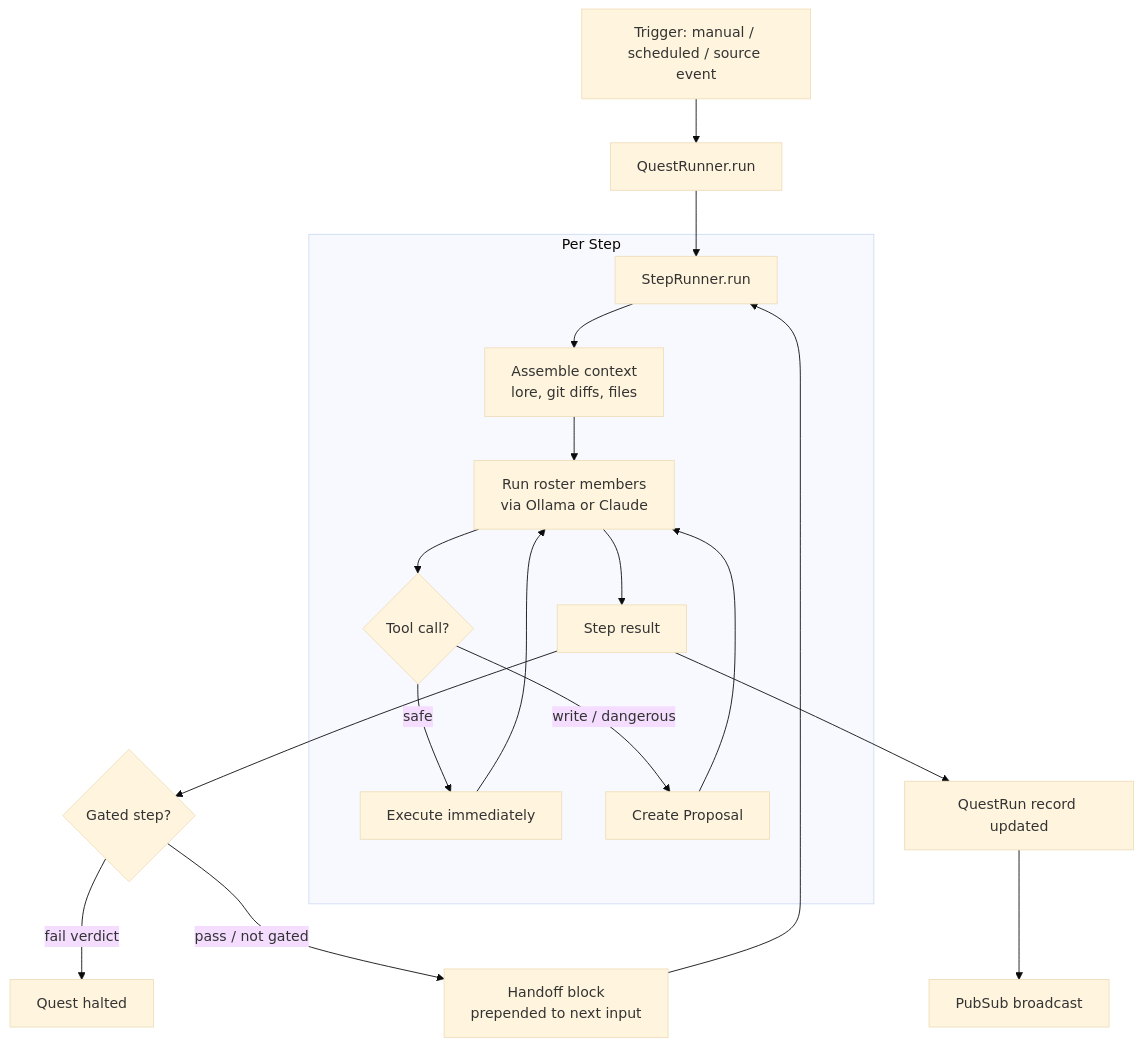
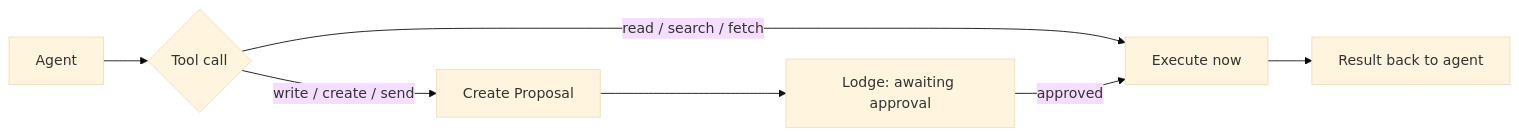
One commit to lessthanseventy/ex_cortex changed the second of 2 diagrams in README.md. Above: the diagram before and after it, drawn with Mermaid (base theme). The commit also changed other lines of this file, not shown here.

````diff
--- a/README.md
+++ b/README.md
@@ -88,23 +82,9 @@
 ```mermaid
-flowchart TD
-    Trigger[Trigger: manual / scheduled / source event] --> QR[QuestRunner.run]
-
-    subgraph Per Step
-        SR[StepRunner.run] --> CTX[Assemble context\nlore, git diffs, files]
-        CTX --> Roster[Run roster members\nvia Ollama or Claude]
-        Roster --> Tools{Tool call?}
-        Tools -- safe --> Exec[Execute immediately]
-        Tools -- write / dangerous --> Propose[Create Proposal]
-        Exec --> Roster
-        Propose --> Roster
-        Roster --> Result[Step result]
-    end
-
-    QR --> SR
-    Result --> Gate{Gated step?}
-    Gate -- fail verdict --> Halt[Quest halted]
-    Gate -- pass / not gated --> Handoff[Handoff block\nprepended to next input]
-    Handoff --> SR
-    Result --> Run[QuestRun record updated]
-    Run --> PubSub2[PubSub broadcast]
+flowchart LR
+    Agent[Agent] --> ToolCall{Tool call}
+    ToolCall -- read / search / fetch --> Exec[Execute now]
+    ToolCall -- write / create / send --> Proposal[Create Proposal]
+    Exec --> Result[Result back to agent]
+    Proposal --> Lodge2[Lodge: awaiting approval]
+    Lodge2 -- approved --> Exec
 ```
````
